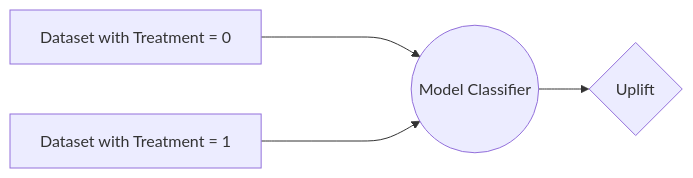
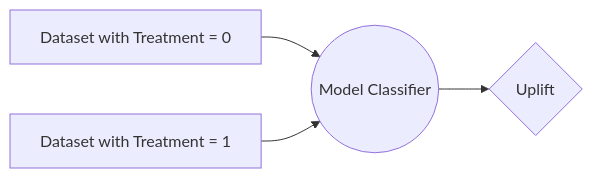
The first of 2 diagrams in README.md (rahul-adwani/Propensity-Uplift-Modeling), drawn with Mermaid before and after one commit. The commit also changed other lines of this file, not shown here.

````diff
--- a/README.md
+++ b/README.md
@@ -18,8 +18,8 @@
 ```mermaid
 graph LR
-A[Dataset with Treatment = 0 ] ----> B((Model Classifier))
+A[Dataset with Treatment = 0 ] --> B((Model Classifier))
 
-C[Dataset with Treatment = 1 ] ----> B((Model Classifier))
+C[Dataset with Treatment = 1 ] --> B((Model Classifier))
 
 B --> E{Uplift}
 ```
````
